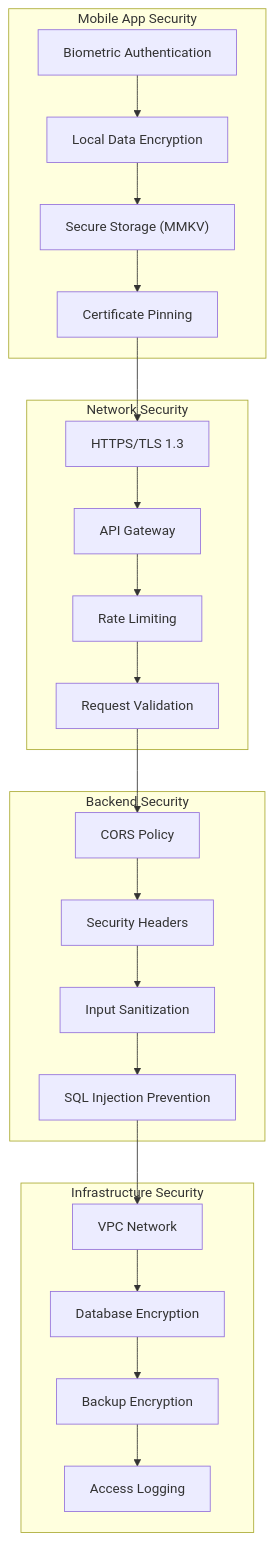
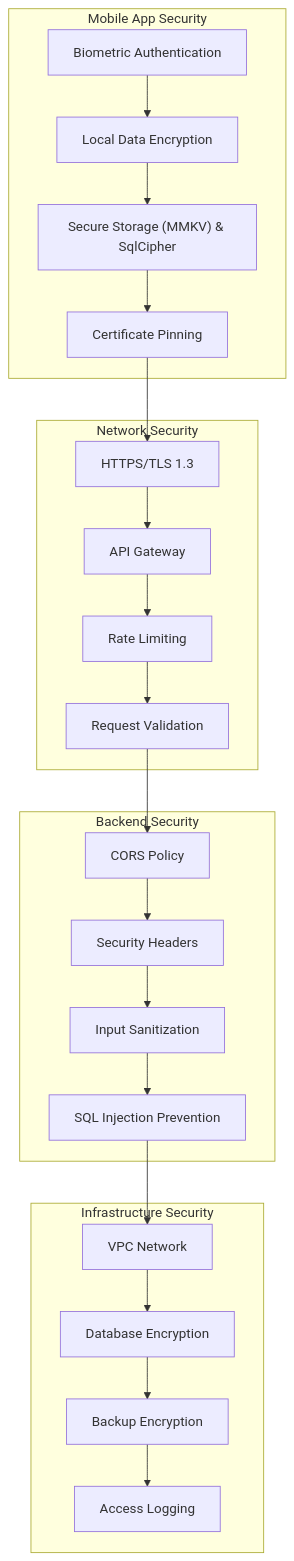
One commit to atan0168/mirrox changed the sixth of 9 diagrams in docs/ARCHITECTURE.md. Above: the diagram before and after it, drawn with Mermaid. The commit also changed other lines of this file and 9 other files, not shown here.

````diff
--- a/docs/ARCHITECTURE.md
+++ b/docs/ARCHITECTURE.md
@@ -259,29 +288,29 @@
 ```mermaid
 graph TB
     subgraph "Mobile App Security"
         A[Biometric Authentication] --> B[Local Data Encryption]
-        B --> C["Secure Storage (MMKV)"]
+        B --> C["Secure Storage (MMKV) & SqlCipher"]
         C --> D[Certificate Pinning]
     end
 
     subgraph "Network Security"
         D --> E[HTTPS/TLS 1.3]
         E --> F[API Gateway]
         F --> G[Rate Limiting]
         G --> H[Request Validation]
     end
 
     subgraph "Backend Security"
         H --> I[CORS Policy]
         I --> J[Security Headers]
         J --> K[Input Sanitization]
         K --> L[SQL Injection Prevention]
     end
 
     subgraph "Infrastructure Security"
         L --> M[VPC Network]
         M --> N[Database Encryption]
         N --> O[Backup Encryption]
         O --> P[Access Logging]
     end
 ```
````
